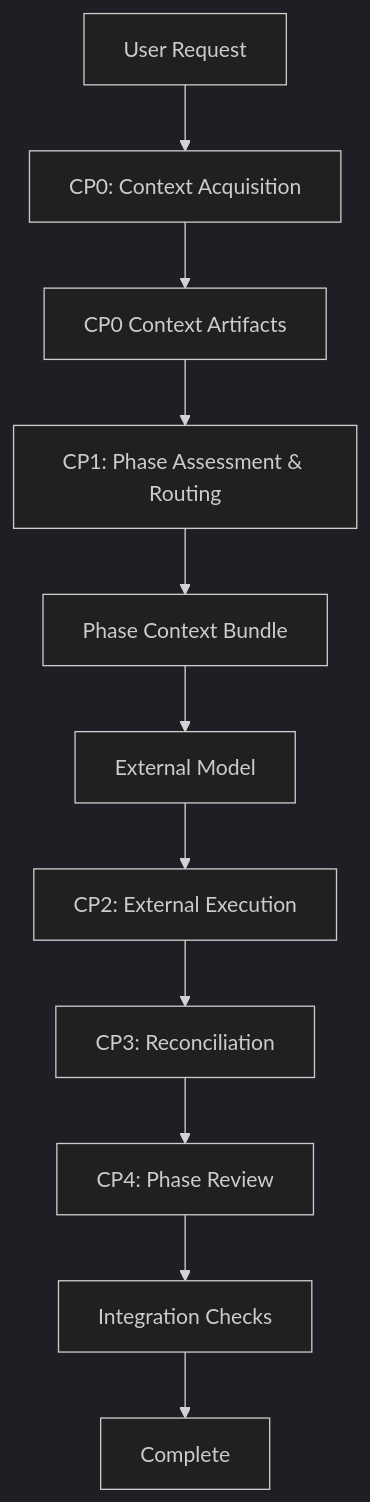
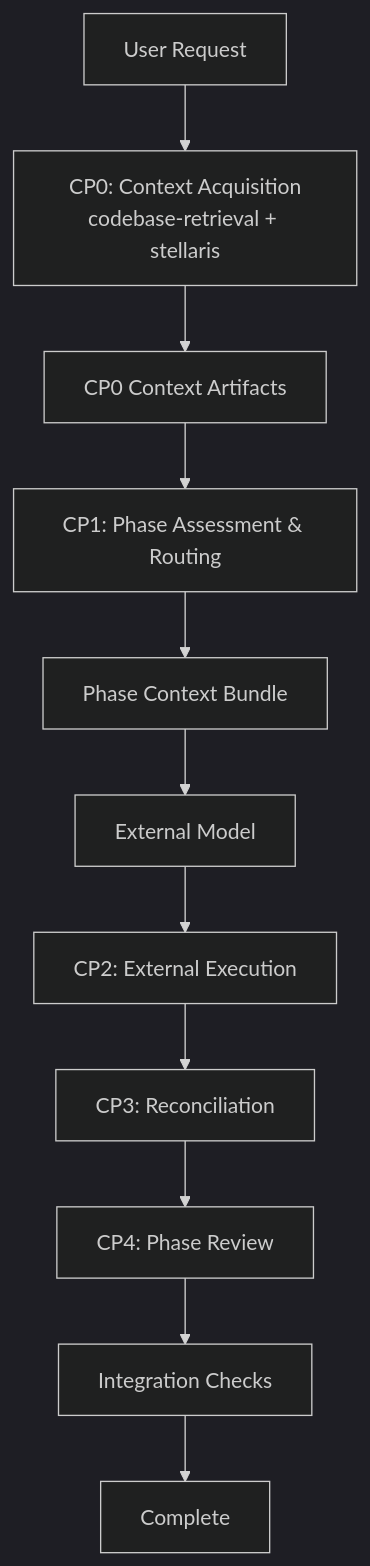
Before and after one commit to sitien173/refract: the third of 3 diagrams in plugin/docs/diagrams/ccg-workflow-architecture.md, drawn with Mermaid (dark theme). The commit also changed 13 other files, not shown here.

First line of the commit message:
feat(cp0): add stellaris-code-search as optional secondary CP0 context source

````diff
--- a/plugin/docs/diagrams/ccg-workflow-architecture.md
+++ b/plugin/docs/diagrams/ccg-workflow-architecture.md
@@ -37,13 +37,13 @@
 ```mermaid
 flowchart TD
-    START[User Request] --> CP0[CP0: Context Acquisition]
+    START[User Request] --> CP0[CP0: Context Acquisition<br/>codebase-retrieval + stellaris]
     CP0 --> ARTIFACTS[CP0 Context Artifacts]
     ARTIFACTS --> CP1[CP1: Phase Assessment & Routing]
     CP1 --> BUNDLE[Phase Context Bundle]
     BUNDLE --> MODEL[External Model]
     MODEL --> CP2[CP2: External Execution]
     CP2 --> CP3[CP3: Reconciliation]
     CP3 --> CP4[CP4: Phase Review]
     CP4 --> INTEGRATE[Integration Checks]
     INTEGRATE --> DONE[Complete]
 ```
````
